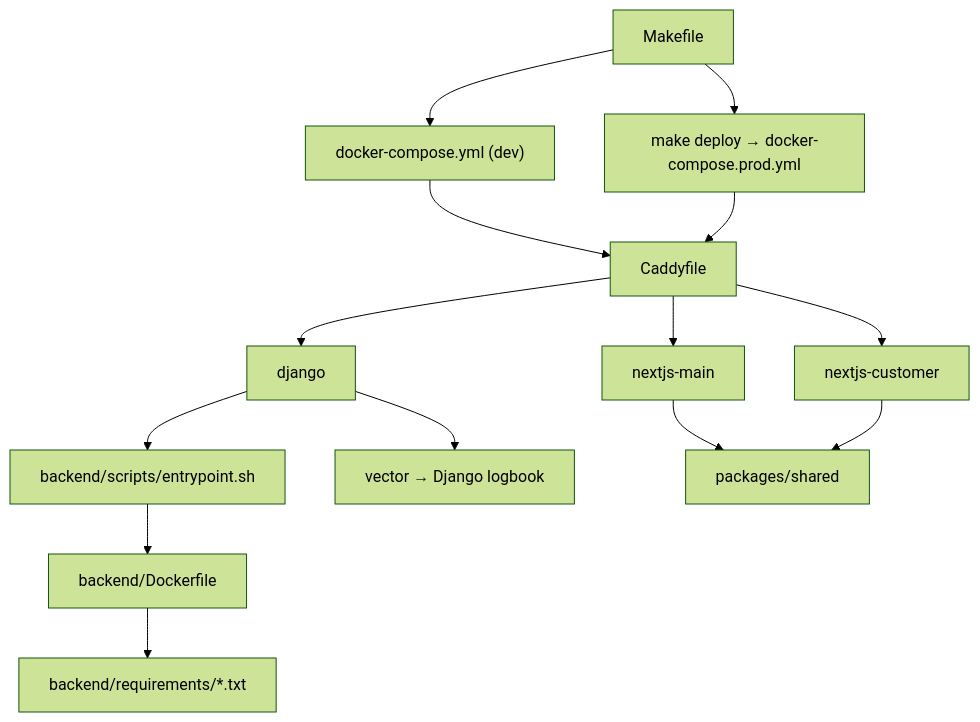
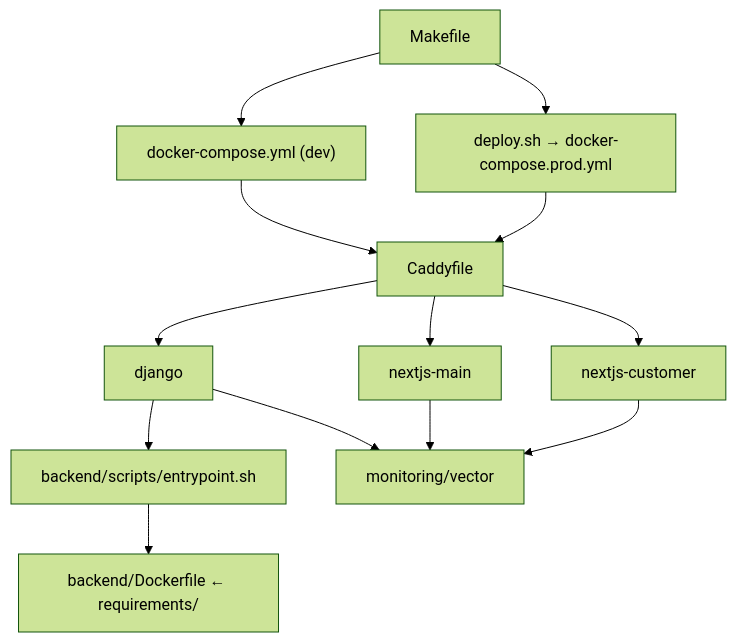
One commit to tahayusufkomur/contentor changed the diagram in docs/wiki/other.md. Above: the diagram before and after it, drawn with Mermaid (forest theme). The commit also changed other lines of this file and 7 other files, not shown here.

````diff
--- a/docs/wiki/other.md
+++ b/docs/wiki/other.md
@@ -22,16 +23,15 @@
 ```mermaid
 graph TD
-    mk["Makefile"] --> dc["docker-compose.yml (dev)"]
-    mk --> dep["make deploy → docker-compose.prod.yml"]
-    dc --> caddy["Caddyfile"]
-    dep --> caddy
-    caddy --> dj["django"]
-    caddy --> fm["nextjs-main"]
-    caddy --> fc["nextjs-customer"]
-    dj --> ep["backend/scripts/entrypoint.sh"]
-    ep --> bdf["backend/Dockerfile"]
-    bdf --> req["backend/requirements/*.txt"]
-    dj --> vec["vector → Django logbook"]
-    fm --> shared["packages/shared"]
-    fc --> shared
+    MK["Makefile"] --> DC["docker-compose.yml (dev)"]
+    MK --> DEP["deploy.sh → docker-compose.prod.yml"]
+    DC --> CF["Caddyfile"]
+    DEP --> CF
+    CF --> DJ["django"]
+    CF --> NM["nextjs-main"]
+    CF --> NC["nextjs-customer"]
+    DJ --> EP["backend/scripts/entrypoint.sh"]
+    EP --> BD["backend/Dockerfile ← requirements/"]
+    DJ --> VEC["monitoring/vector"]
+    NM --> VEC
+    NC --> VEC
 ```
````
